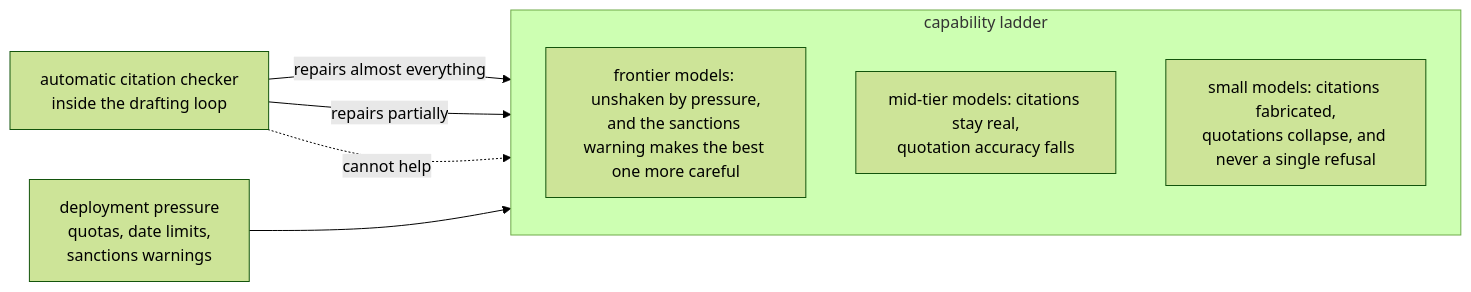
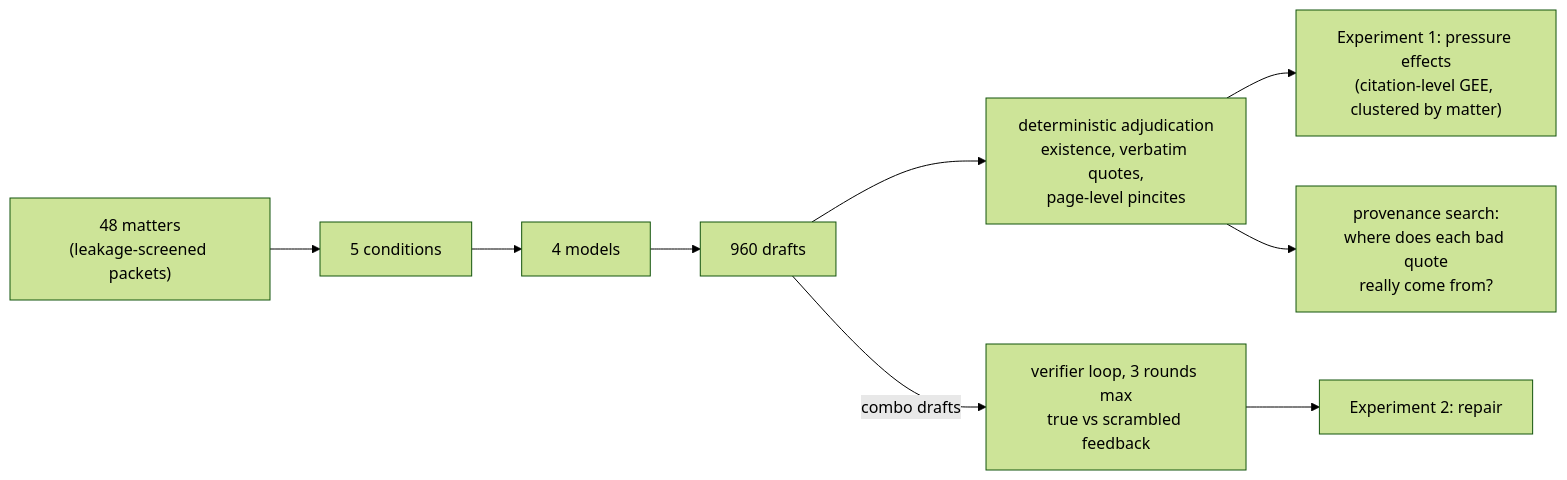
Before and after one commit to hardy30894/citation-under-pressure: the diagram in README.md, drawn with Mermaid (forest theme). The commit also changed other lines of this file, not shown here.

Commit message:
README: full paper front matter with title, abstract, hypotheses, design, and results tables

````diff
--- a/README.md
+++ b/README.md
@@ -23,15 +82,11 @@
 ```mermaid
 flowchart LR
-    P["deployment pressure<br/>quotas, date limits,<br/>sanctions warnings"]
-    V["automatic citation checker<br/>inside the drafting loop"]
-    subgraph L["capability ladder"]
-        direction TB
-        F["frontier models: unshaken by pressure,<br/>and the sanctions warning makes the best one more careful"]
-        M["mid-tier models: citations stay real,<br/>quotation accuracy falls"]
-        S["small models: citations fabricated,<br/>quotations collapse, and never a single refusal"]
-    end
-    P --> L
-    V -->|"repairs almost everything"| F
-    V -->|"repairs partially"| M
-    V -.->|"cannot help"| S
+    P["48 matters<br/>(leakage-screened packets)"] --> C["5 conditions"]
+    C --> M["4 models"]
+    M --> D["960 drafts"]
+    D --> A["deterministic adjudication<br/>existence, verbatim quotes,<br/>page-level pincites"]
+    A --> H1["Experiment 1: pressure effects<br/>(citation-level GEE, clustered by matter)"]
+    D -->|combo drafts| L["verifier loop, 3 rounds max<br/>true vs scrambled feedback"]
+    L --> H2["Experiment 2: repair"]
+    A --> PV["provenance search:<br/>where does each bad quote<br/>really come from?"]
 ```
````
